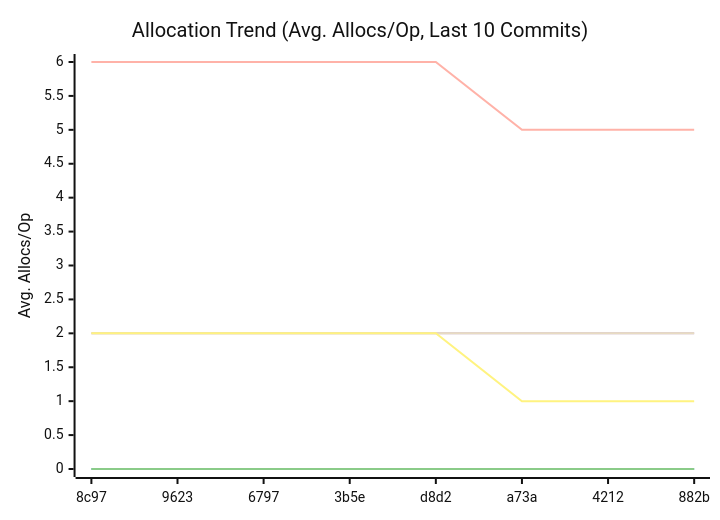
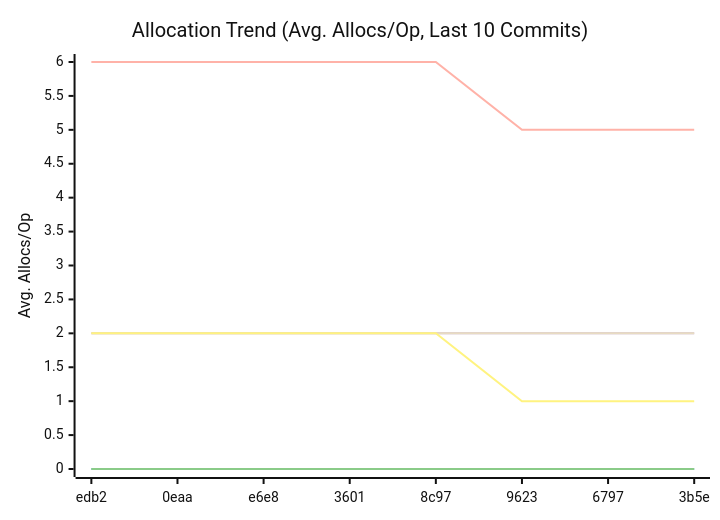
One commit to alsotoes/momo changed the third of 3 diagrams in docs/README.md. Above: the diagram before and after it, drawn with Mermaid (neutral theme). The commit also changed other lines of this file and 5 other files, not shown here.

````diff
--- a/docs/README.md
+++ b/docs/README.md
@@ -333,14 +333,14 @@
 ```mermaid
 xychart-beta
     title "Allocation Trend (Avg. Allocs/Op, Last 10 Commits)"
     x-axis "Commit"
     y-axis "Avg. Allocs/Op"
-    x-axis [8c97,9623,6797,3b5e,d8d2,a73a,4212,882b]
+    x-axis [edb2,0eaa,e6e8,3601,8c97,9623,6797,3b5e]
     line "CheckMetricsAndSwap" [0,0,0,0,0,0,0,0,0,0]
     line "IndexDirectTracking" [0,0,0,0,0,0,0,0,0,0]
     line "IndexSearch" [0,0,0,0,0,0,0,0,0,0]
     line "LoadGlobalConfig" [2,2,2,2,2,2,2,2,2,2]
     line "PadString" [2,2,2,2,2,2,2,2,2,2]
     line "ParseReplicationOrder_NoPrealloc" [6,6,6,6,6,5,5,5,5,5]
     line "ParseReplicationOrder_Prealloc" [2,2,2,2,2,1,1,1,1,1]
 ```
````
